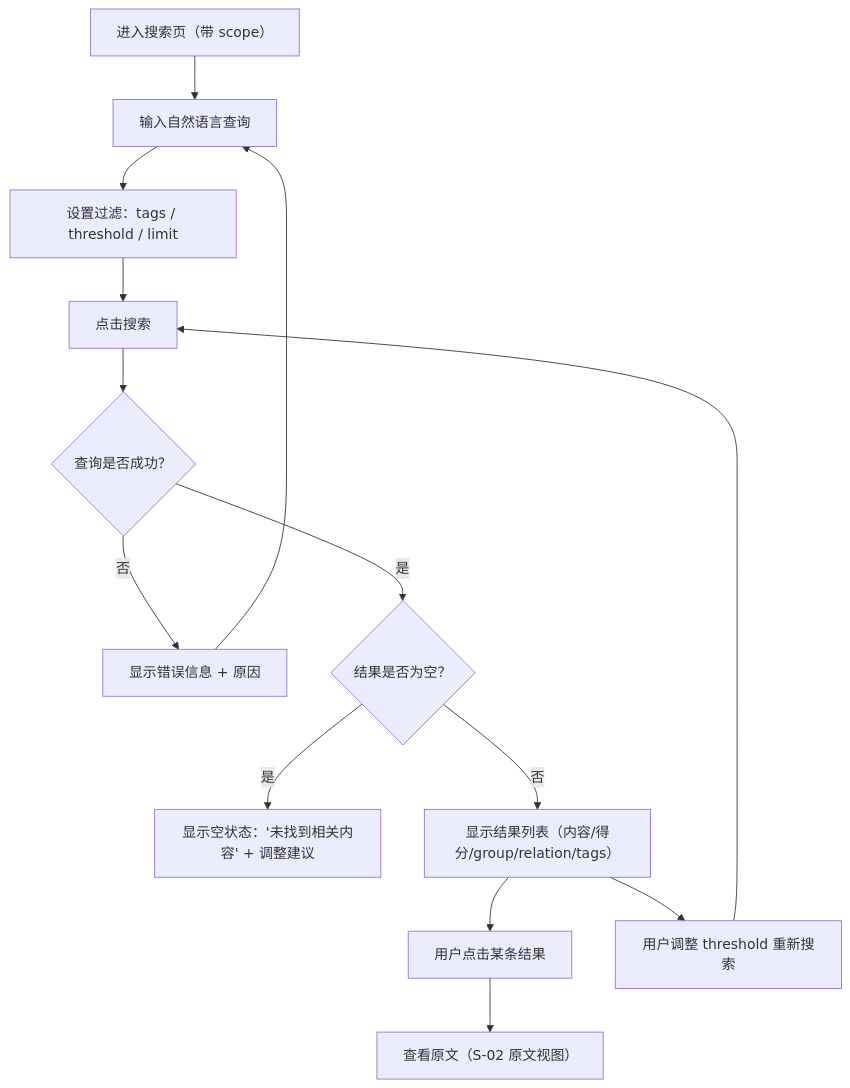
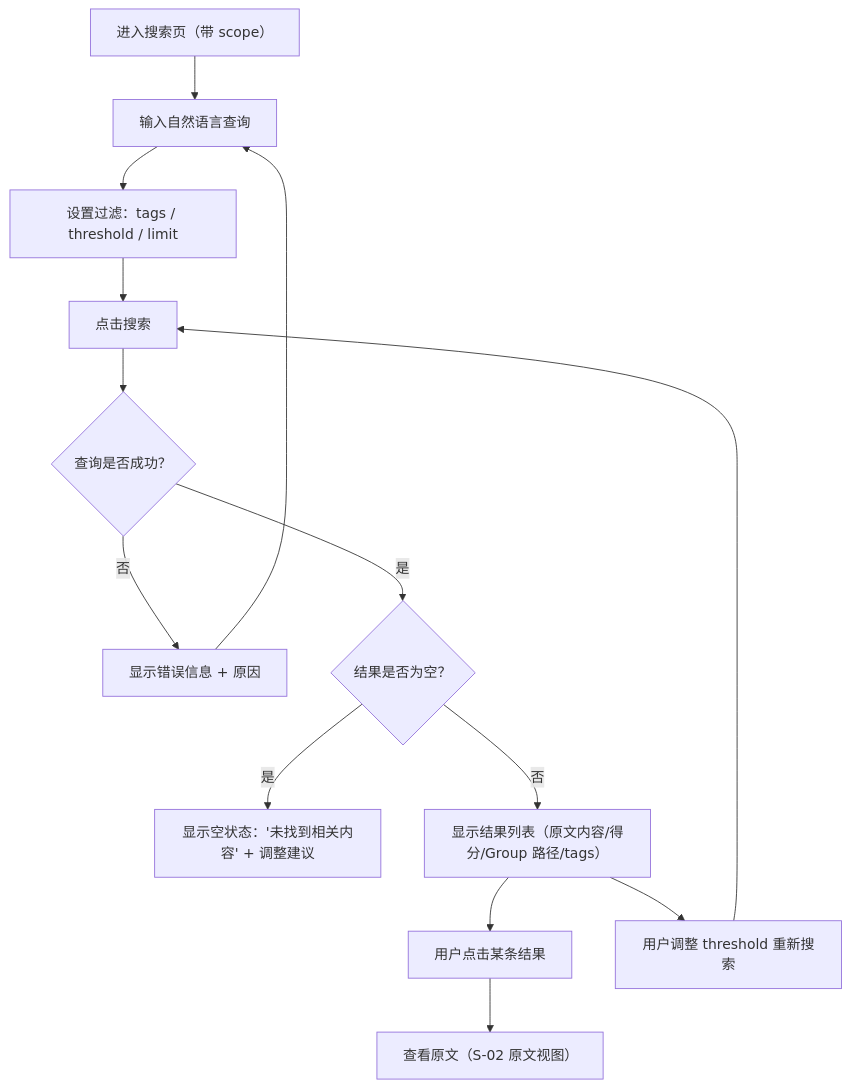
Before and after one commit to HACK-WU/kisearch: the third of 7 diagrams in .requirements/2026-08-06-可视化前端界面/design/interaction-design.md, drawn with Mermaid. The commit also changed other lines of this file and 52 other files, not shown here.

````diff
--- a/.requirements/2026-08-06-可视化前端界面/design/interaction-design.md
+++ b/.requirements/2026-08-06-可视化前端界面/design/interaction-design.md
@@ -98,16 +101,16 @@
 ```mermaid
 flowchart TD
     A["进入搜索页（带 scope）"] --> B["输入自然语言查询"]
     B --> C["设置过滤：tags / threshold / limit"]
     C --> D["点击搜索"]
     D --> E{"查询是否成功？"}
     E -->|否| F["显示错误信息 + 原因"]
     F --> B
     E -->|是| G{"结果是否为空？"}
     G -->|是| H["显示空状态：'未找到相关内容' + 调整建议"]
-    G -->|否| I["显示结果列表（内容/得分/group/relation/tags）"]
+    G -->|否| I["显示结果列表（原文内容/得分/Group 路径/tags）"]
     I --> J["用户点击某条结果"]
     J --> K["查看原文（S-02 原文视图）"]
     I --> L["用户调整 threshold 重新搜索"]
     L --> D
 ```
````
